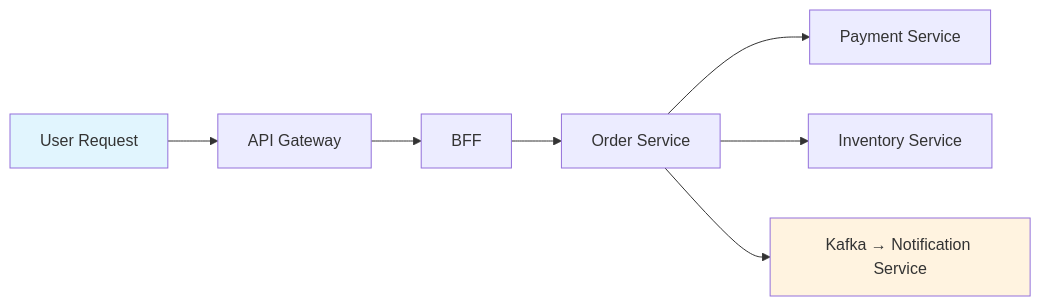
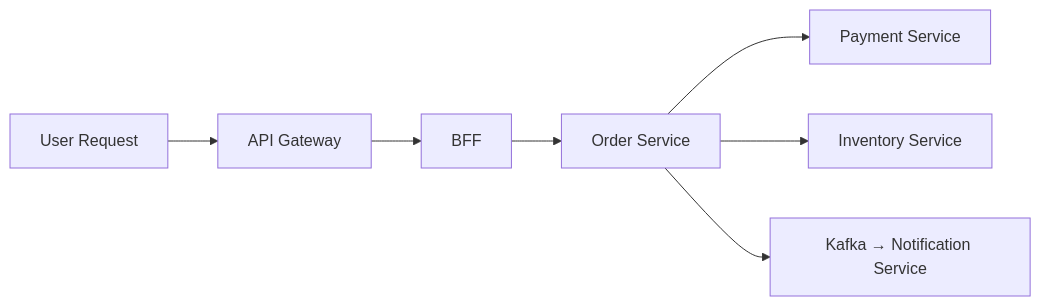
Before and after one commit to rishikeshdhokare/platform-manifesto: the first of 2 diagrams in 05-operational-excellence/09-debugging-guide.md, drawn with Mermaid. The commit also changed 14 other files, not shown here.

First line of the commit message:
fix: remove mermaid style directives (119 lines across 15 files)

````diff
--- a/05-operational-excellence/09-debugging-guide.md
+++ b/05-operational-excellence/09-debugging-guide.md
@@ -232,12 +232,10 @@
 ```mermaid
 flowchart LR
     A["User Request"] --> B["API Gateway"]
     B --> C["BFF"]
     C --> D["Order Service"]
     D --> E["Payment Service"]
     D --> F["Inventory Service"]
     D --> G["Kafka → Notification Service"]
 
-    style A fill:#e1f5fe
-    style G fill:#fff3e0
 ```
````
